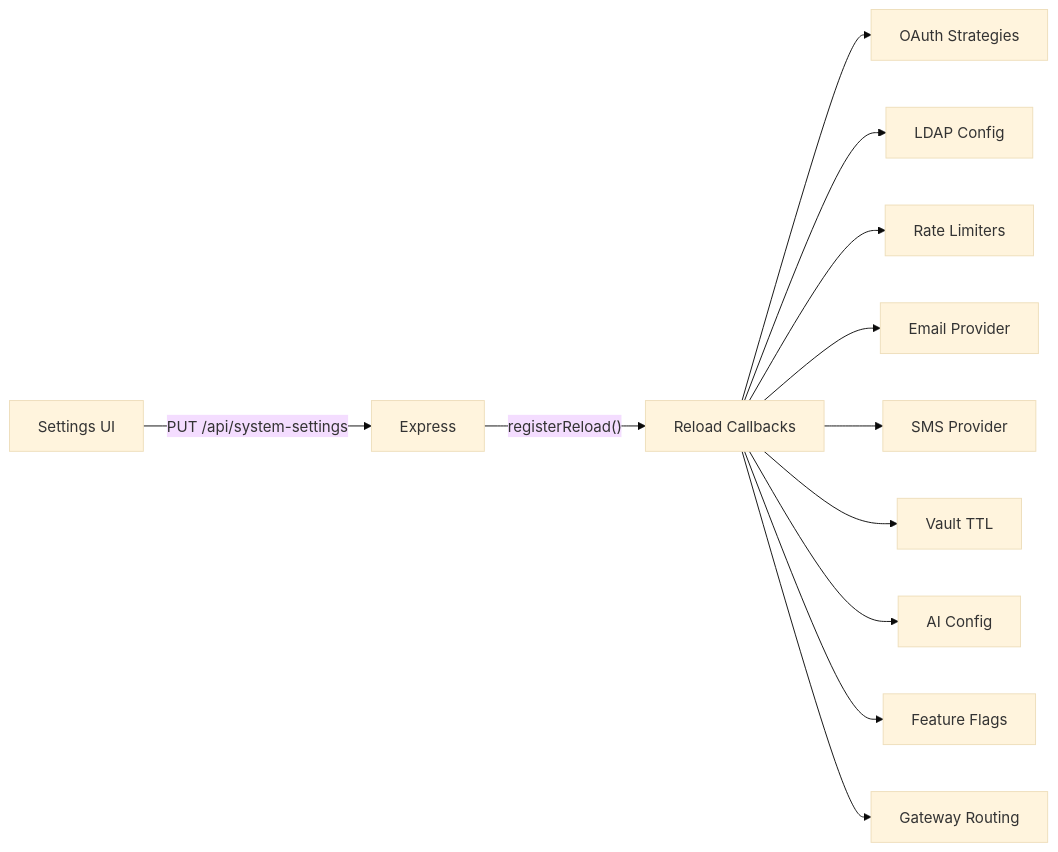
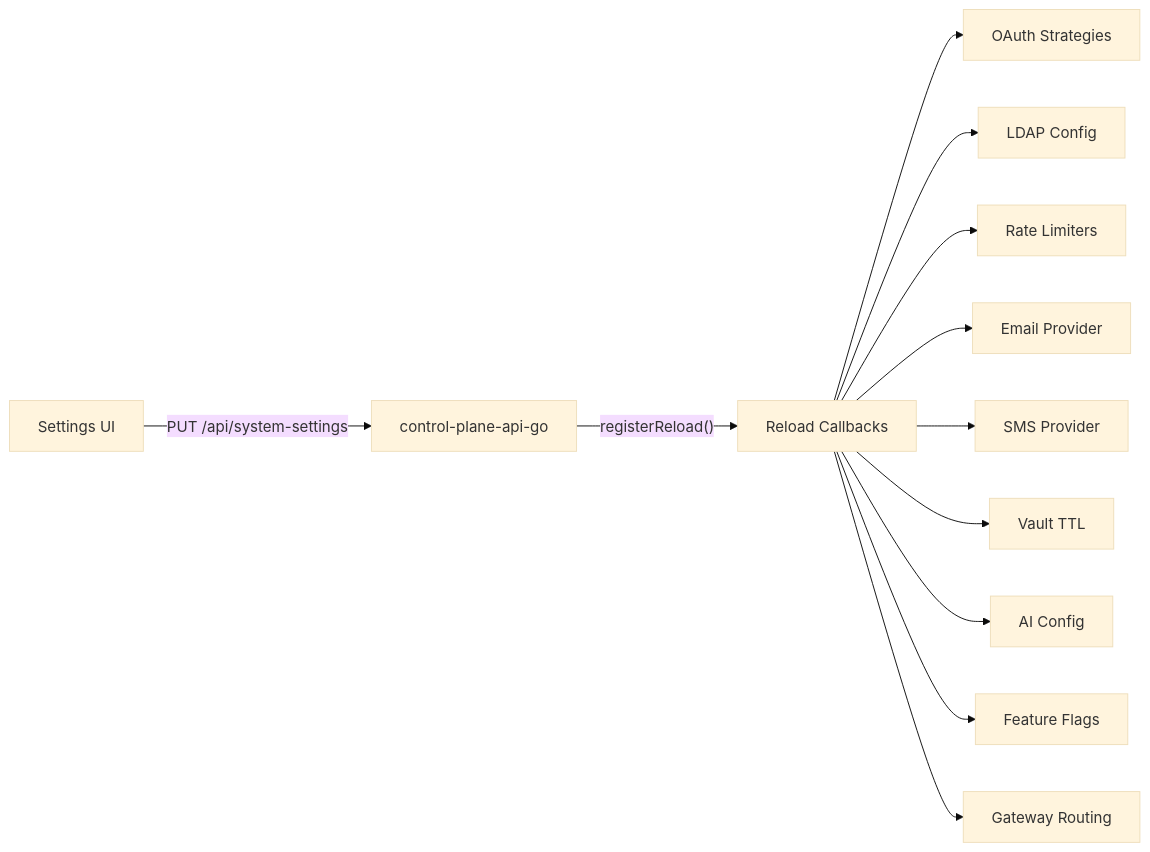
One commit to dnviti/arsenale changed the tenth of 11 diagrams in docs/architecture.md. Above: the diagram before and after it, drawn with Mermaid (base theme). The commit also changed other lines of this file and 300 other files, not shown here.

````diff
--- a/docs/architecture.md
+++ b/docs/architecture.md
@@ -329,14 +328,14 @@
 ```mermaid
 flowchart LR
-    Settings["Settings UI"] -->|"PUT /api/system-settings"| Express
-    Express -->|"registerReload()"| Callbacks["Reload Callbacks"]
+    Settings["Settings UI"] -->|"PUT /api/system-settings"| API["control-plane-api-go"]
+    API -->|"registerReload()"| Callbacks["Reload Callbacks"]
     Callbacks --> OAuth["OAuth Strategies"]
     Callbacks --> LDAP["LDAP Config"]
     Callbacks --> RateLimits["Rate Limiters"]
     Callbacks --> Email["Email Provider"]
     Callbacks --> SMS["SMS Provider"]
     Callbacks --> Vault["Vault TTL"]
     Callbacks --> AI["AI Config"]
     Callbacks --> Features["Feature Flags"]
     Callbacks --> Gateway["Gateway Routing"]
 ```
````
